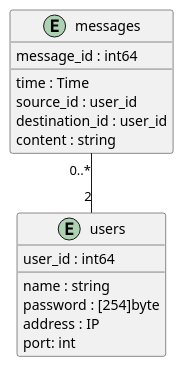
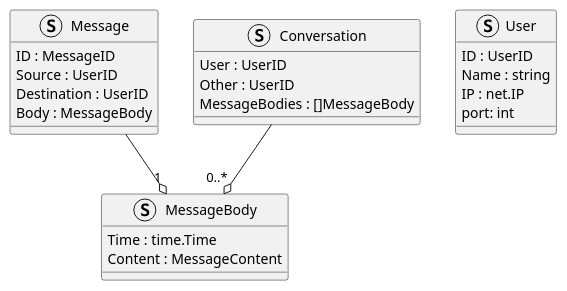
Before and after one commit to scanim-valentin/training-restful-go: the diagram in exercice_2/plantuml/class.wsd, drawn with PlantUML. The commit also changed 3 other files, not shown here.

```diff
--- a/exercice_2/plantuml/class.wsd
+++ b/exercice_2/plantuml/class.wsd
@@ -1,25 +1,32 @@
 @startuml  class 
 
 ' time + source_id (foreign) + destination_id (foreign) could be a primary key
-entity messages{
-    message_id : int64
-    __
-    time : Time
-    source_id : user_id
-    destination_id : user_id
-    content : string
+struct Message{
+    ID : MessageID
+    Source : UserID
+    Destination : UserID
+    Body : MessageBody
 }
 
-entity users{
-    user_id : int64
-    __
-    name : string
-    password : [254]byte
-    address : IP
+struct MessageBody{
+    Time : time.Time
+    Content : MessageContent
+}
+
+struct User{
+    ID : UserID
+    Name : string
+    IP : net.IP
     port: int
 }
 
+struct Conversation{
+    User : UserID
+    Other : UserID
+    MessageBodies : []MessageBody
+}
 
-messages "0..*" -- "2" users
+Conversation --o "0..*" MessageBody
+Message --o "1" MessageBody
 
 @enduml
```
